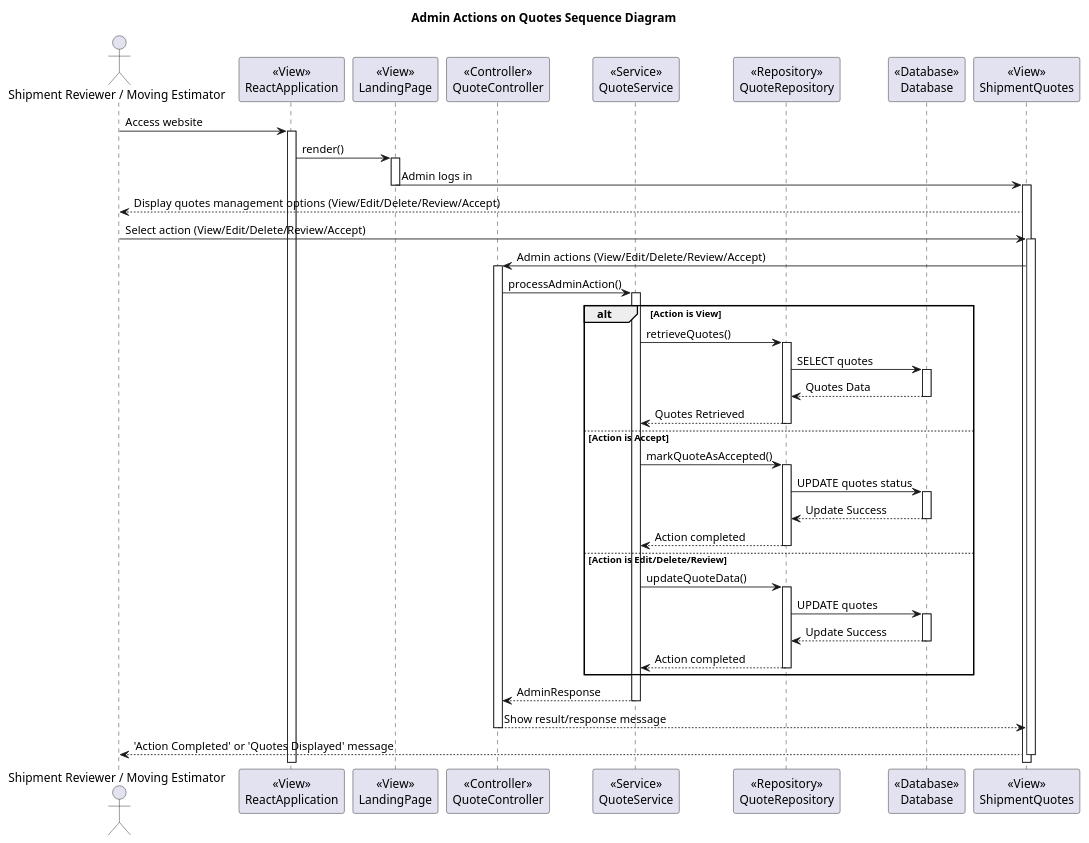
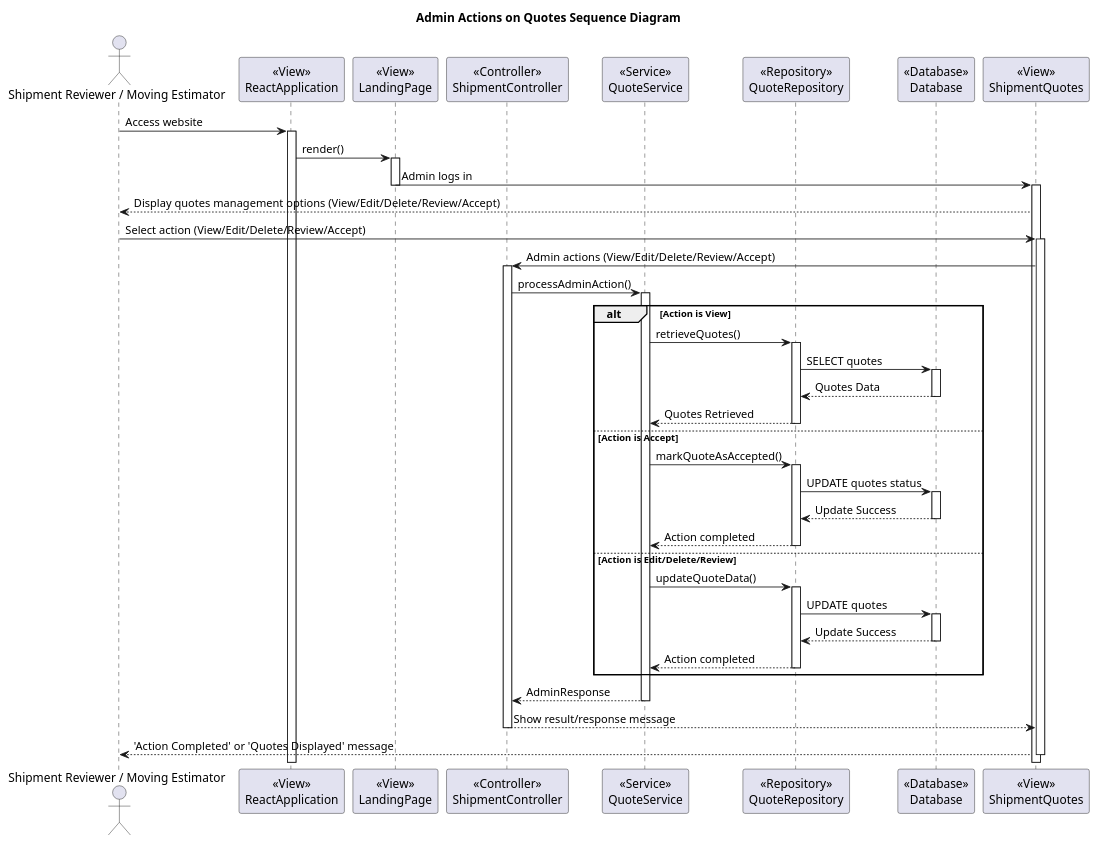
The diagram in Diagrams/Sprints/Sprint_1-Request_Quote/Design_lvl_SSD_Admins.puml (nic5694/MovingExpress), drawn with PlantUML before and after one commit. The commit also changed 3 other files, not shown here.

```diff
--- a/Diagrams/Sprints/Sprint_1-Request_Quote/Design_lvl_SSD_Admins.puml
+++ b/Diagrams/Sprints/Sprint_1-Request_Quote/Design_lvl_SSD_Admins.puml
@@ -1,78 +1,78 @@
 @startuml
 title Admin Actions on Quotes Sequence Diagram
 
 actor "Shipment Reviewer / Moving Estimator" as Admin
 
 participant ReactApplication as "<<View>>\nReactApplication"
 participant LandingPage as "<<View>>\nLandingPage"
-participant QuoteController as "<<Controller>>\nQuoteController"
+participant ShipmentController as "<<Controller>>\nShipmentController"
 participant QuoteService as "<<Service>>\nQuoteService"
 participant QuoteRepository as "<<Repository>>\nQuoteRepository"
 participant Database as "<<Database>>\nDatabase"
 participant ShipmentQuotes as "<<View>>\nShipmentQuotes"
 
 Admin -> ReactApplication : Access website
 activate ReactApplication
 
 ReactApplication -> LandingPage : render()
 activate LandingPage
 
 LandingPage -> ShipmentQuotes : Admin logs in
 deactivate LandingPage
 activate ShipmentQuotes
 
 ShipmentQuotes --> Admin : Display quotes management options (View/Edit/Delete/Review/Accept)
 Admin -> ShipmentQuotes : Select action (View/Edit/Delete/Review/Accept)
 activate ShipmentQuotes
 
-ShipmentQuotes -> QuoteController : Admin actions (View/Edit/Delete/Review/Accept)
-activate QuoteController
+ShipmentQuotes -> ShipmentController : Admin actions (View/Edit/Delete/Review/Accept)
+activate ShipmentController
 
-QuoteController -> QuoteService : processAdminAction()
+ShipmentController -> QuoteService : processAdminAction()
 activate QuoteService
 
 alt Action is View
     QuoteService -> QuoteRepository : retrieveQuotes()
     activate QuoteRepository
 
     QuoteRepository -> Database : SELECT quotes
     activate Database
     Database --> QuoteRepository : Quotes Data
     deactivate Database
 
     QuoteRepository --> QuoteService : Quotes Retrieved
     deactivate QuoteRepository
 else Action is Accept
     QuoteService -> QuoteRepository : markQuoteAsAccepted()
     activate QuoteRepository
 
     QuoteRepository -> Database : UPDATE quotes status
     activate Database
     Database --> QuoteRepository : Update Success
     deactivate Database
 
     QuoteRepository --> QuoteService : Action completed
     deactivate QuoteRepository
 else Action is Edit/Delete/Review
     QuoteService -> QuoteRepository : updateQuoteData()
     activate QuoteRepository
 
     QuoteRepository -> Database : UPDATE quotes
     activate Database
     Database --> QuoteRepository : Update Success
     deactivate Database
 
     QuoteRepository --> QuoteService : Action completed
     deactivate QuoteRepository
 end
 
-QuoteService --> QuoteController : AdminResponse
+QuoteService --> ShipmentController : AdminResponse
 deactivate QuoteService
 
-QuoteController --> ShipmentQuotes : Show result/response message
-deactivate QuoteController
+ShipmentController --> ShipmentQuotes : Show result/response message
+deactivate ShipmentController
 
 ShipmentQuotes --> Admin : 'Action Completed' or 'Quotes Displayed' message
 deactivate ShipmentQuotes
 
 @enduml
```
